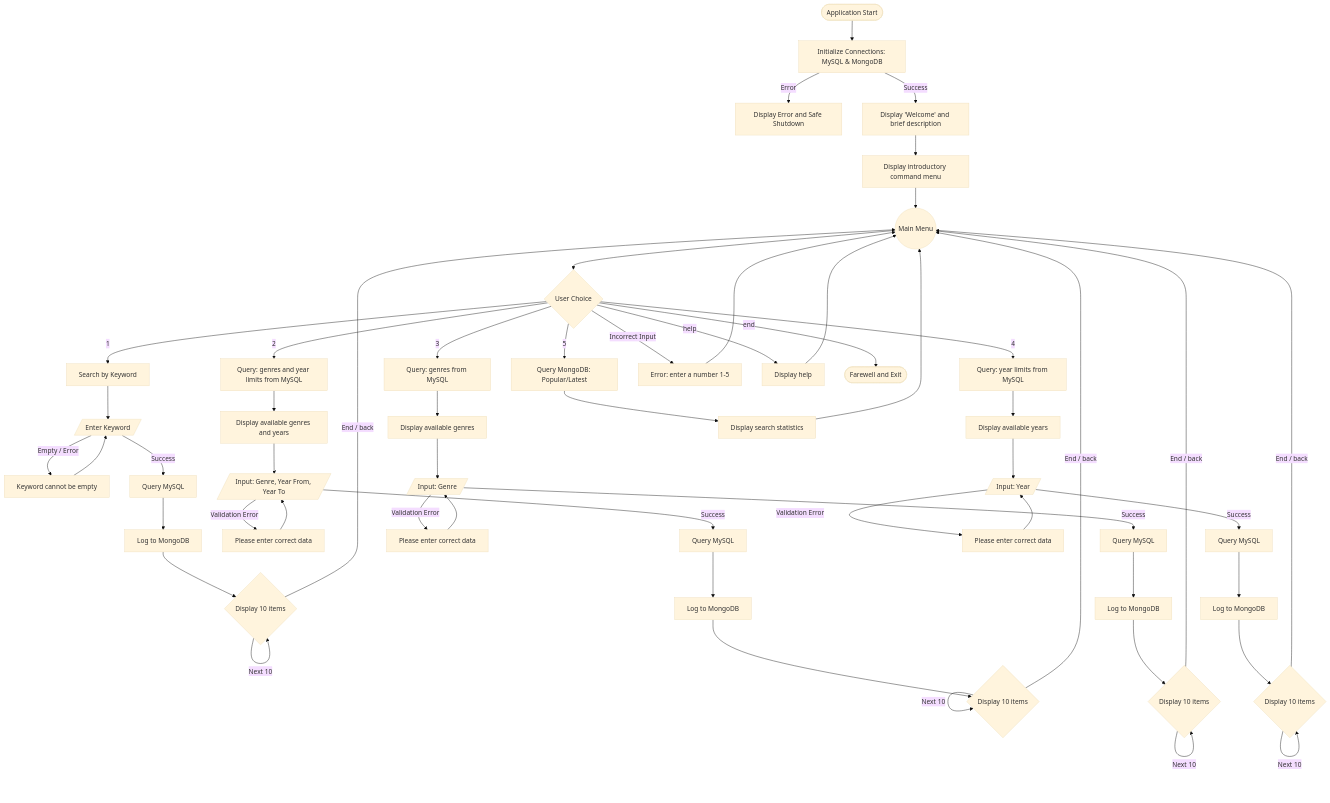
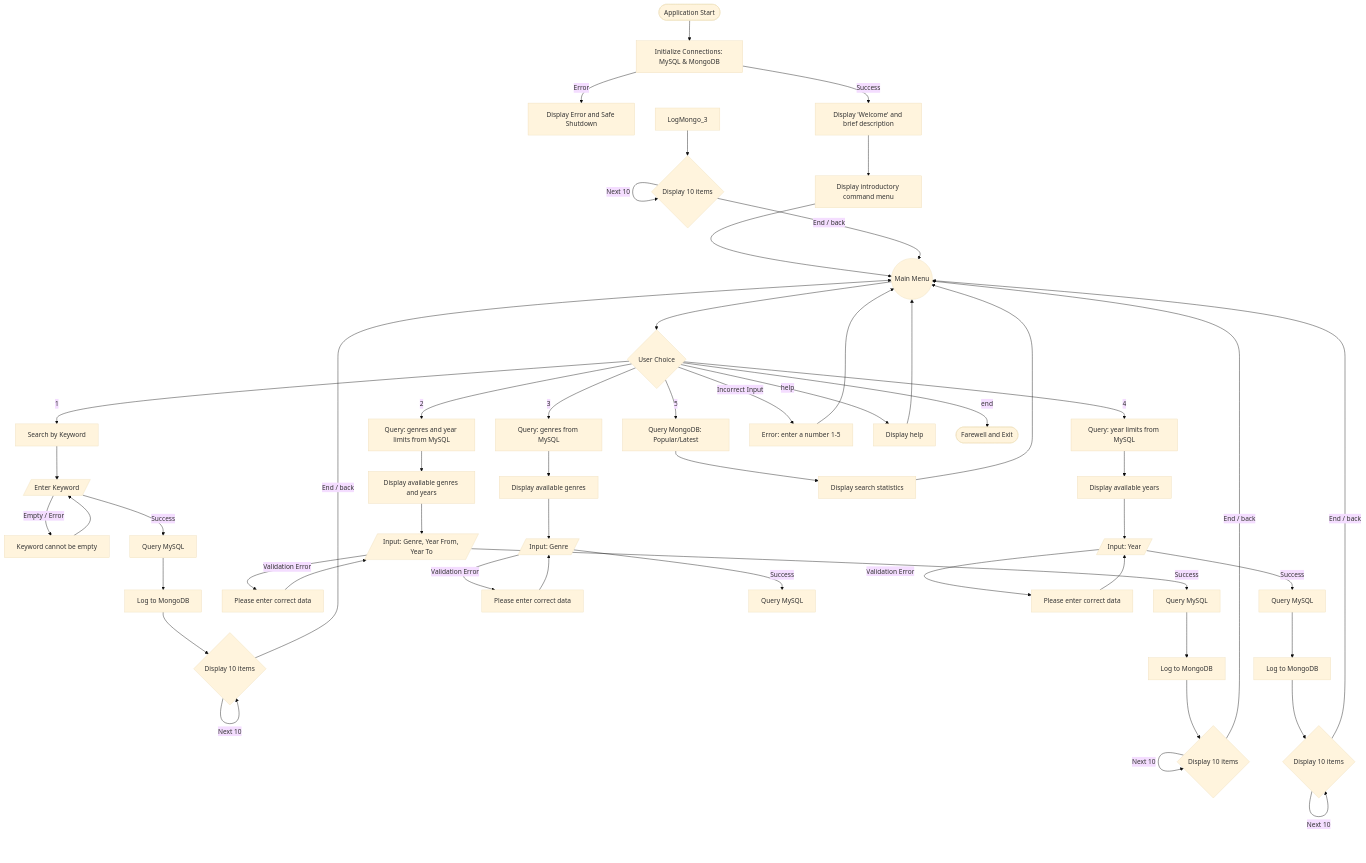
Before and after one commit to Geektasilla/Movie-Search-Galaxy: the diagram in BACKLOG.md, drawn with Mermaid (base theme). The commit also changed other lines of this file and 4 other files, not shown here.

````diff
--- a/BACKLOG.md
+++ b/BACKLOG.md
@@ -37,65 +46,64 @@
 ```mermaid
 graph TD
     Start([Application Start]) --> Init[Initialize Connections: MySQL & MongoDB]
     Init -->|Error| Err[Display Error and Safe Shutdown]
     Init -->|Success| Welcome[Display 'Welcome' and brief description]
     Welcome --> HelpIntro[Display introductory command menu]
     HelpIntro --> MainMenu((Main Menu))
     
     MainMenu --> Choice{User Choice}
     
     %% 1. Search by Keyword
     Choice -->|1| SearchKey[Search by Keyword]
     SearchKey --> InputKey[/Enter Keyword/]
     InputKey -->|Empty / Error| WarnKey[Keyword cannot be empty] --> InputKey
     InputKey -->|Success| FetchMySQL_1[Query MySQL]
     FetchMySQL_1 --> LogMongo_1[Log to MongoDB]
     LogMongo_1 --> Paginator_1{Display 10 items}
     Paginator_1 -->|Next 10| Paginator_1
     Paginator_1 -->|End / back| MainMenu
 
     %% 2. Search by Genre and Year
     Choice -->|2| FetchFiltersGenreYear[Query: genres and year limits from MySQL]
     FetchFiltersGenreYear --> ShowFiltersGenreYear[Display available genres and years]
     ShowFiltersGenreYear --> InputFiltersGenreYear[/Input: Genre, Year From, Year To/]
     InputFiltersGenreYear -->|Validation Error| WarnFiltersGenreYear[Please enter correct data] --> InputFiltersGenreYear
     InputFiltersGenreYear -->|Success| FetchMySQL_2[Query MySQL]
     FetchMySQL_2 --> LogMongo_2[Log to MongoDB]
     LogMongo_2 --> Paginator_2{Display 10 items}
     Paginator_2 -->|Next 10| Paginator_2
     Paginator_2 -->|End / back| MainMenu
 
     %% 3. Search by Genre
     Choice -->|3| FetchFiltersGenre[Query: genres from MySQL]
     FetchFiltersGenre --> ShowFiltersGenre[Display available genres]
     ShowFiltersGenre --> InputFiltersGenre[/Input: Genre/]
     InputFiltersGenre -->|Validation Error| WarnFiltersGenre[Please enter correct data] --> InputFiltersGenre
     InputFiltersGenre -->|Success| FetchMySQL_3[Query MySQL]
-    FetchMySQL_3 --> LogMongo_3[Log to MongoDB]
     LogMongo_3 --> Paginator_3{Display 10 items}
     Paginator_3 -->|Next 10| Paginator_3
     Paginator_3 -->|End / back| MainMenu
 
     %% 4. Search by Year
     Choice -->|4| FetchFiltersYear[Query: year limits from MySQL]
     FetchFiltersYear --> ShowFiltersYear[Display available years]
     ShowFiltersYear --> InputFiltersYear[/Input: Year/]
     InputFiltersYear -->|Validation Error| WarnFiltersYear[Please enter correct data] --> InputFiltersYear
     InputFiltersYear -->|Success| FetchMySQL_4[Query MySQL]
     FetchMySQL_4 --> LogMongo_4[Log to MongoDB]
     LogMongo_4 --> Paginator_4{Display 10 items}
     Paginator_4 -->|Next 10| Paginator_4
     Paginator_4 -->|End / back| MainMenu
 
     %% 5. Statistics
     Choice -->|5| FetchStats[Query MongoDB: Popular/Latest]
     FetchStats --> ShowStats[Display search statistics]
     ShowStats --> MainMenu
     
     %% Handle incorrect menu input
     Choice -->|Incorrect Input| WarnMenu[Error: enter a number 1-5] --> MainMenu
     Choice -->|help| ShowHelp[Display help] --> MainMenu
 
     %% Exit
     Choice -->|end| Exit([Farewell and Exit])
 ```
````
